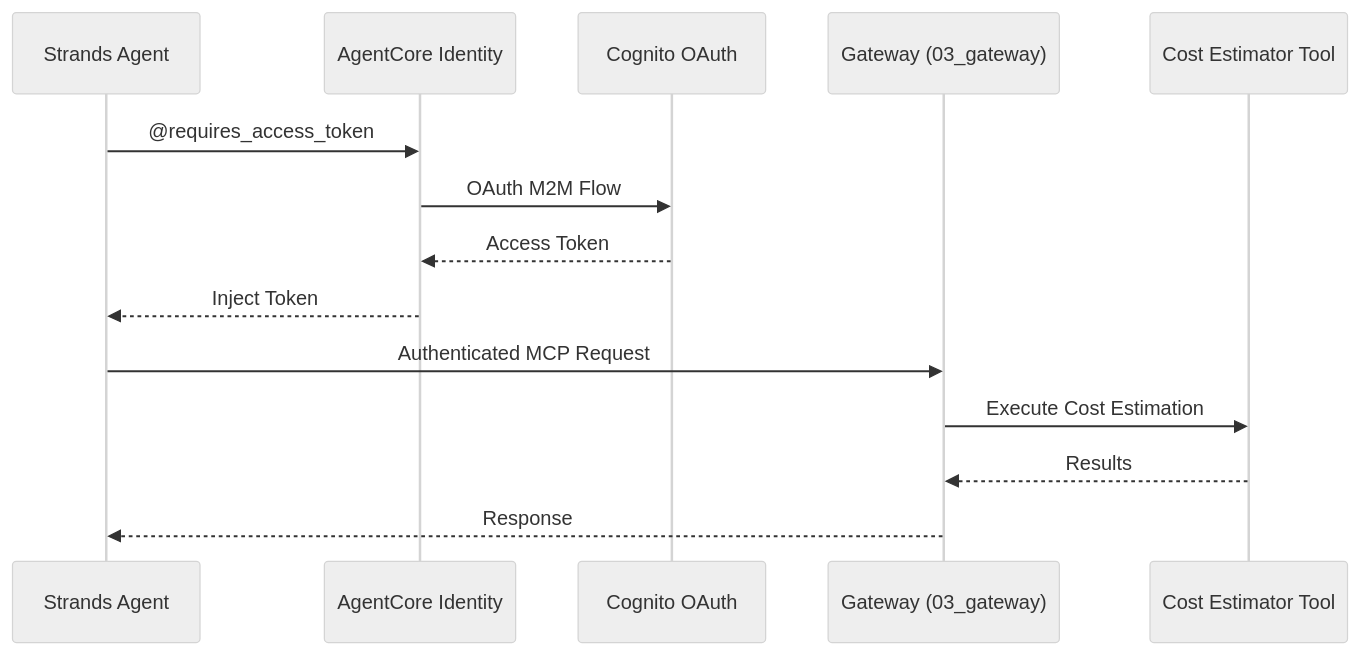
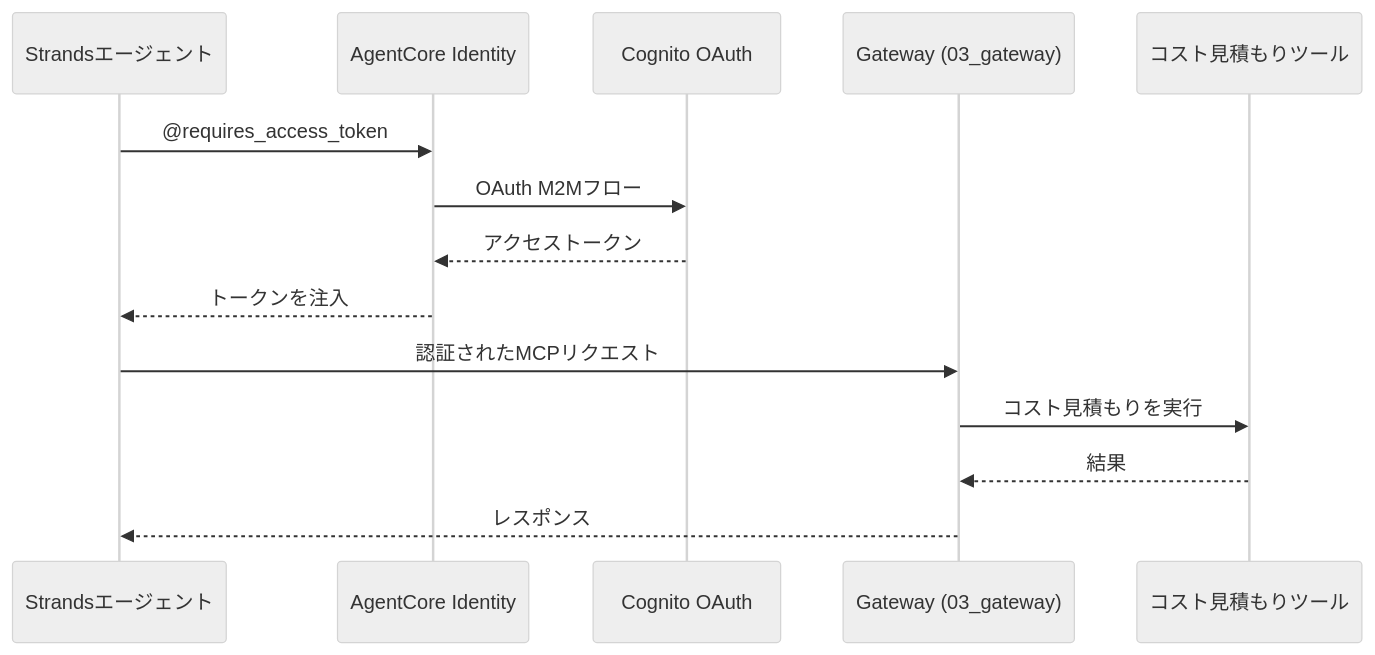
The diagram in 04_identity/README.md (tetsuo-nobe/sample-amazon-bedrock-agentcore-jp), drawn with Mermaid (neutral theme) before and after one commit. The commit also changed other lines of this file and 17 other files, not shown here.

````diff
--- a/04_identity/README.md
+++ b/04_identity/README.md
@@ -9,17 +9,17 @@
 ```mermaid
 sequenceDiagram
-    participant Agent as Strands Agent
+    participant Agent as Strandsエージェント
     participant Identity as AgentCore Identity
     participant Cognito as Cognito OAuth
     participant Gateway as Gateway (03_gateway)
-    participant Tool as Cost Estimator Tool
+    participant Tool as コスト見積もりツール
 
     Agent->>Identity: @requires_access_token
-    Identity->>Cognito: OAuth M2M Flow
-    Cognito-->>Identity: Access Token
-    Identity-->>Agent: Inject Token
-    Agent->>Gateway: Authenticated MCP Request
-    Gateway->>Tool: Execute Cost Estimation
-    Tool-->>Gateway: Results
-    Gateway-->>Agent: Response
+    Identity->>Cognito: OAuth M2Mフロー
+    Cognito-->>Identity: アクセストークン
+    Identity-->>Agent: トークンを注入
+    Agent->>Gateway: 認証されたMCPリクエスト
+    Gateway->>Tool: コスト見積もりを実行
+    Tool-->>Gateway: 結果
+    Gateway-->>Agent: レスポンス
 ```
````
